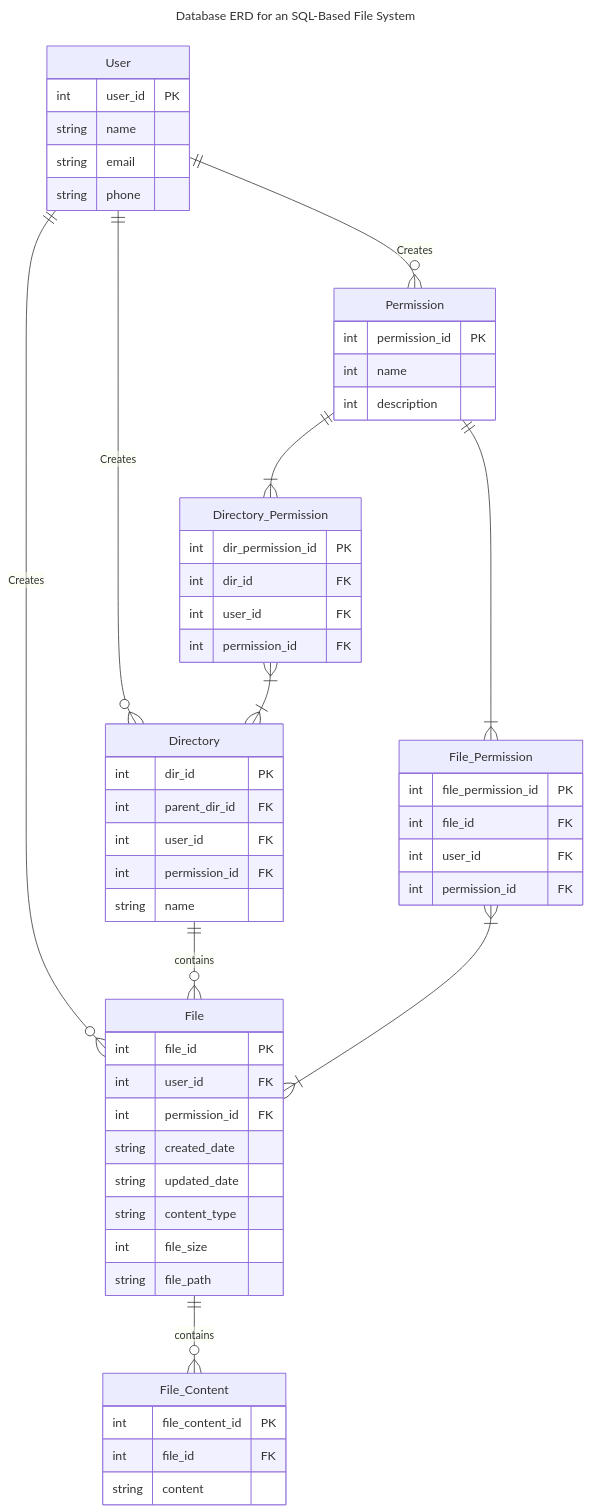
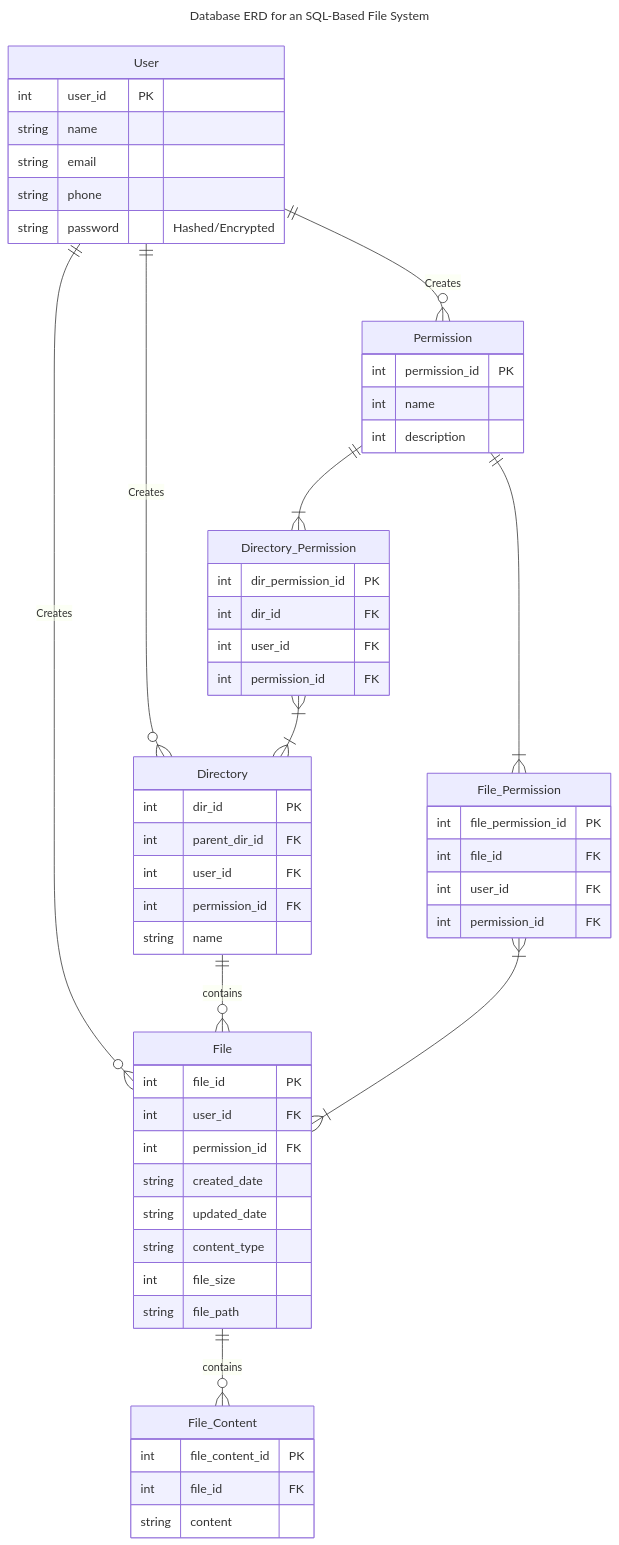
One commit to amdy87/MySQL-Filesystem changed the second of 5 diagrams in README.md. Above: the diagram before and after it, drawn with Mermaid. The commit also changed other lines of this file, not shown here.

Commit message:
Class diagram

````diff
--- a/README.md
+++ b/README.md
@@ -110,70 +110,71 @@
 ```mermaid
 ---
 title: Database ERD for an SQL-Based File System
 ---
 
 erDiagram
     User ||--o{ File : "Creates"
     User ||--o{ Directory: "Creates"
     User ||--o{ Permission: "Creates"
     Directory ||--o{ File : "contains"
     File ||--o{ File_Content : "contains"
     Permission ||--|{ File_Permission: ""
     Permission ||--|{ Directory_Permission: ""
     File_Permission }|--|{ File: ""
     Directory_Permission }|--|{ Directory: ""
 
     User {
         int user_id PK
         string name
         string email
         string phone
+        string password "Hashed/Encrypted"
     }
 
     Permission {
         int permission_id PK
         int name
         int description
     }
 
     File {
         int file_id PK
         int user_id FK
         int permission_id FK
         string created_date
         string updated_date
         string content_type
         int file_size
         string file_path
     }
     File_Permission {
         int file_permission_id PK
         int file_id FK
         int user_id FK
         int permission_id FK
     }
     
     Directory_Permission {
         int dir_permission_id PK
         int dir_id FK
         int user_id FK
         int permission_id FK
     }
 
     Directory {
         int dir_id PK
         int parent_dir_id FK
         int user_id FK
         int permission_id FK
         string name
     }
 
     File_Content {
         int file_content_id PK
         int file_id FK
         string content
     }
 
 
 
 ```
````
